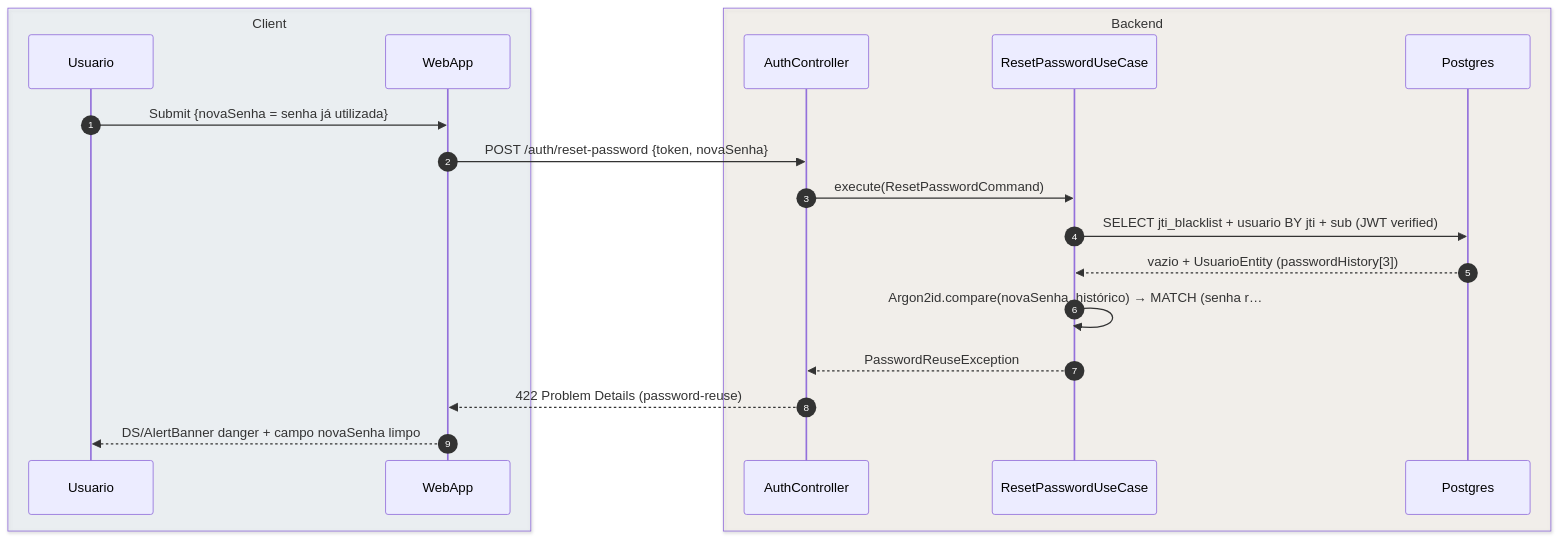
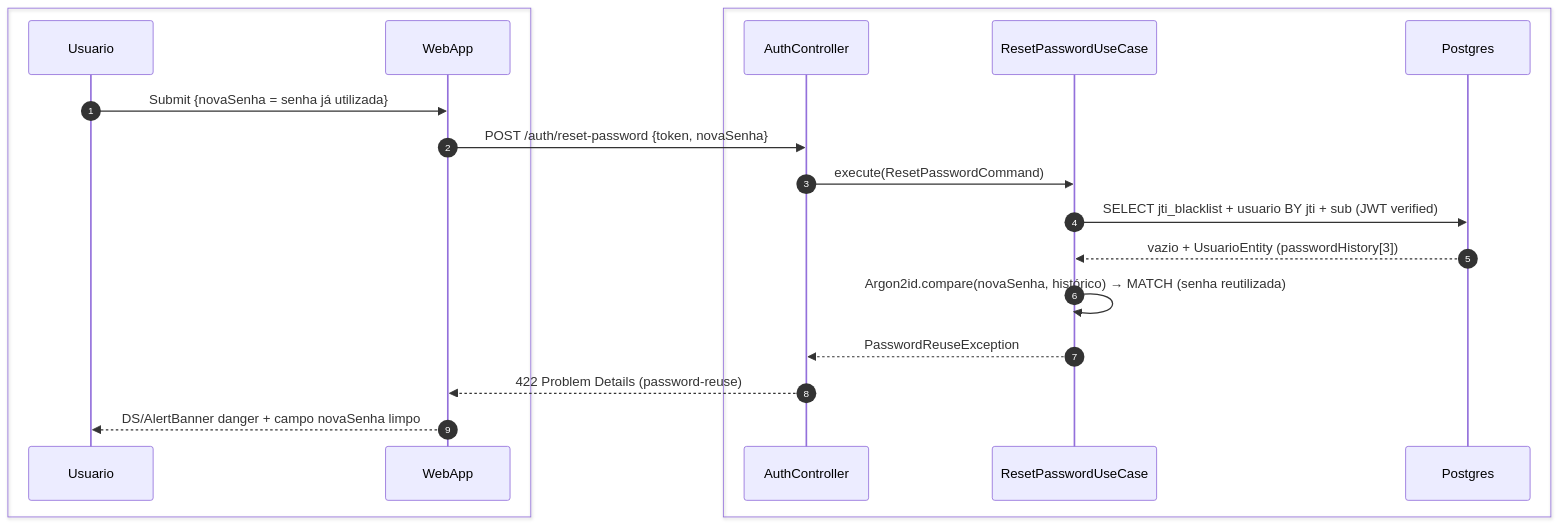
The third of 3 diagrams in foundationDocs/sequenceDiagrams/F0 — Público/US-F0-003-NOVA-SENHA.md (umishell/secretariaOnline2), drawn with Mermaid before and after one commit. The commit also changed other lines of this file and 70 other files, not shown here.

First line of the commit message:
Enhance database documentation and introduce new schema files

````diff
--- a/foundationDocs/sequenceDiagrams/F0 — Público/US-F0-003-NOVA-SENHA.md
+++ b/foundationDocs/sequenceDiagrams/F0 — Público/US-F0-003-NOVA-SENHA.md
@@ -135,23 +135,23 @@
 ```mermaid
 sequenceDiagram
     autonumber
-    box rgba(230,245,255,0.3) Client
+    box #e8f4fc Cliente
         participant Usuario
         participant WebApp
     end
-    box rgba(255,245,230,0.3) Backend
+    box #fff8ee Servidor
         participant AC as AuthController
         participant UC as ResetPasswordUseCase
         participant DB as Postgres
     end
 
     Usuario->>WebApp: Submit {novaSenha = senha já utilizada}
     WebApp->>AC: POST /auth/reset-password {token, novaSenha}
     AC->>UC: execute(ResetPasswordCommand)
     UC->>DB: SELECT jti_blacklist + usuario BY jti + sub (JWT verified)
     DB-->>UC: vazio + UsuarioEntity (passwordHistory[3])
-    UC->>UC: Argon2id.compare(novaSenha, histórico) → MATCH (senha r…
+    UC->>UC: Argon2id.compare(novaSenha, histórico) → MATCH (senha reutilizada)
     UC-->>AC: PasswordReuseException
     AC-->>WebApp: 422 Problem Details (password-reuse)
     WebApp-->>Usuario: DS/AlertBanner danger + campo novaSenha limpo
 ```
````
